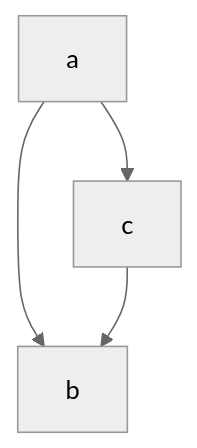
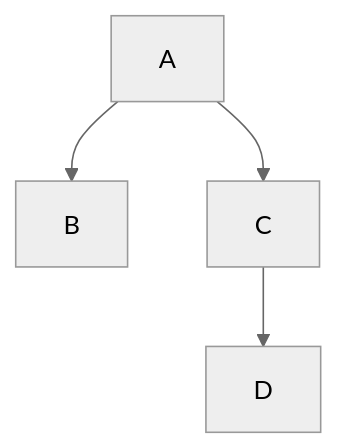
One commit to Linear-optimize/my_blog changed the diagram in post/math.md. Above: the diagram before and after it, drawn with Mermaid (neutral theme). The commit also changed other lines of this file and 3 other files, not shown here.

````diff
--- a/post/math.md
+++ b/post/math.md
@@ -18,7 +18,7 @@
 ```mermaid
 graph TD
-a-->b
-c-->b
-a-->c
+A-->B
+C-->D
+A-->C
 
 ```
````
